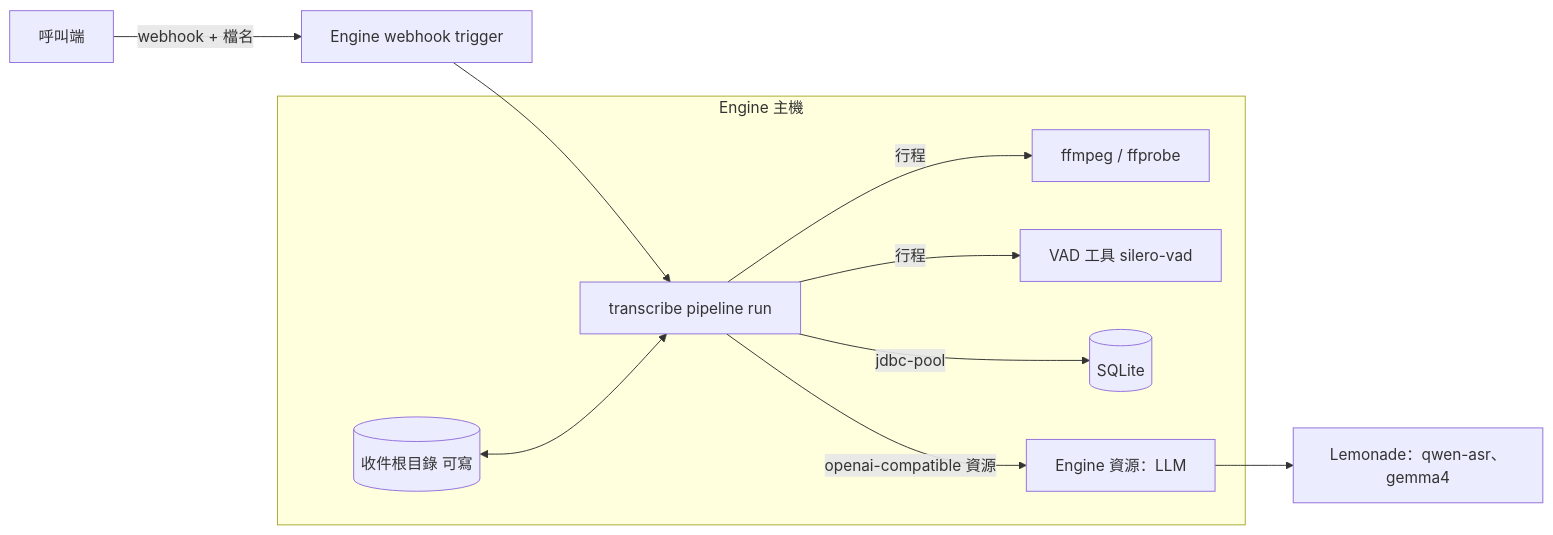
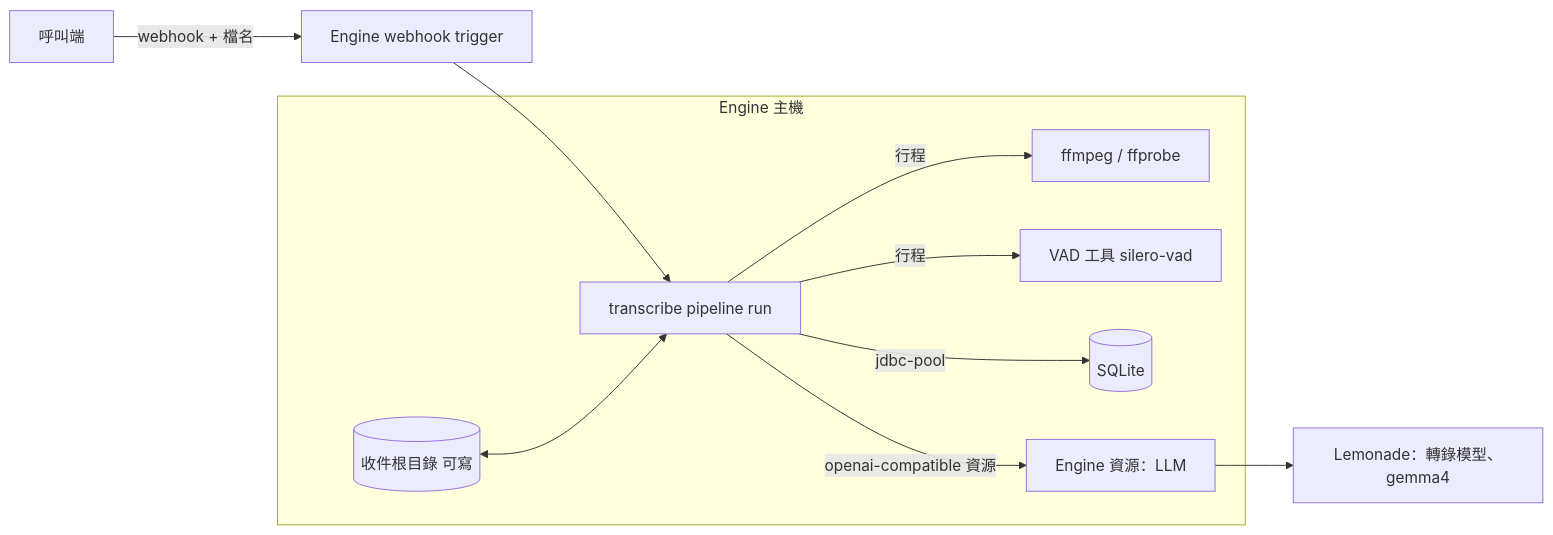
The first of 2 diagrams in docs/stable/transcribe-pipeline/README.md (lanyitin/runline), drawn with Mermaid before and after one commit. The commit also changed other lines of this file and 43 other files, not shown here.

````diff
--- a/docs/stable/transcribe-pipeline/README.md
+++ b/docs/stable/transcribe-pipeline/README.md
@@ -27,13 +28,13 @@
 ```mermaid
 flowchart LR
   Caller[呼叫端] -->|webhook + 檔名| E[Engine webhook trigger]
   E --> P[transcribe pipeline run]
   subgraph Host[Engine 主機]
     Intake[(收件根目錄 可寫)] <--> P
     P -->|行程| FF[ffmpeg / ffprobe]
     P -->|行程| VAD[VAD 工具 silero-vad]
     P -->|jdbc-pool| DB[(SQLite)]
     P -->|openai-compatible 資源| Res[Engine 資源：LLM]
   end
-  Res --> LM[Lemonade：qwen-asr、gemma4]
+  Res --> LM[Lemonade：轉錄模型、gemma4]
 ```
````
